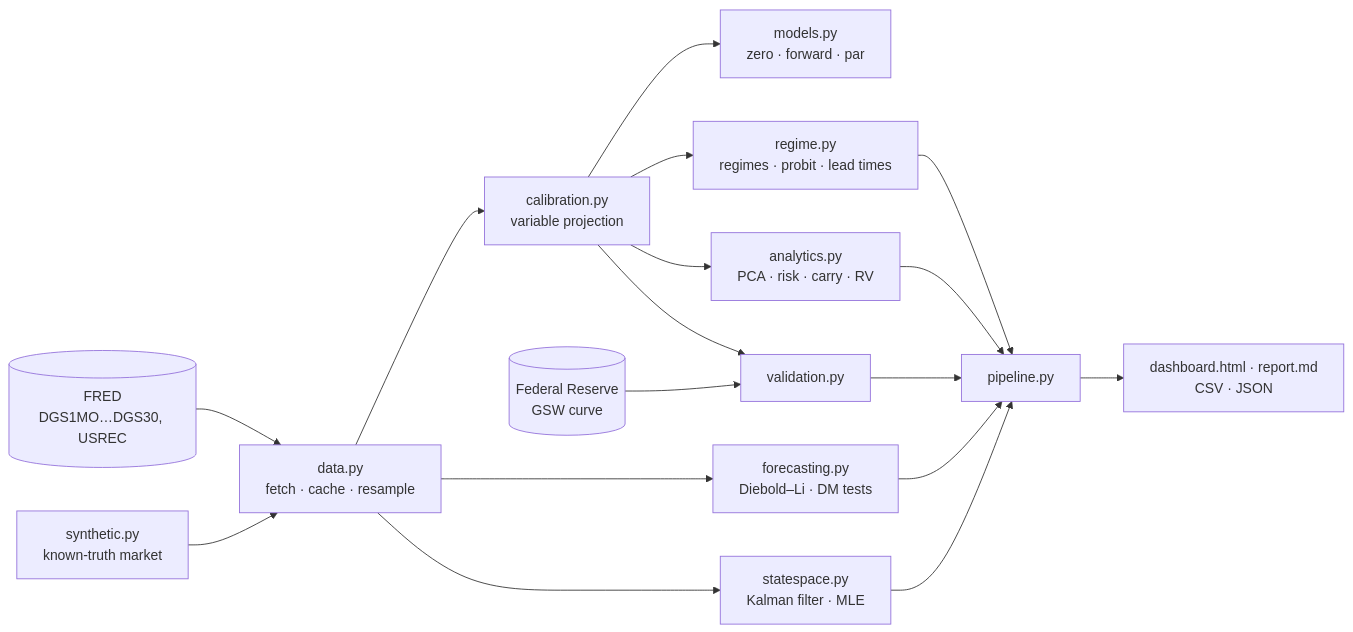
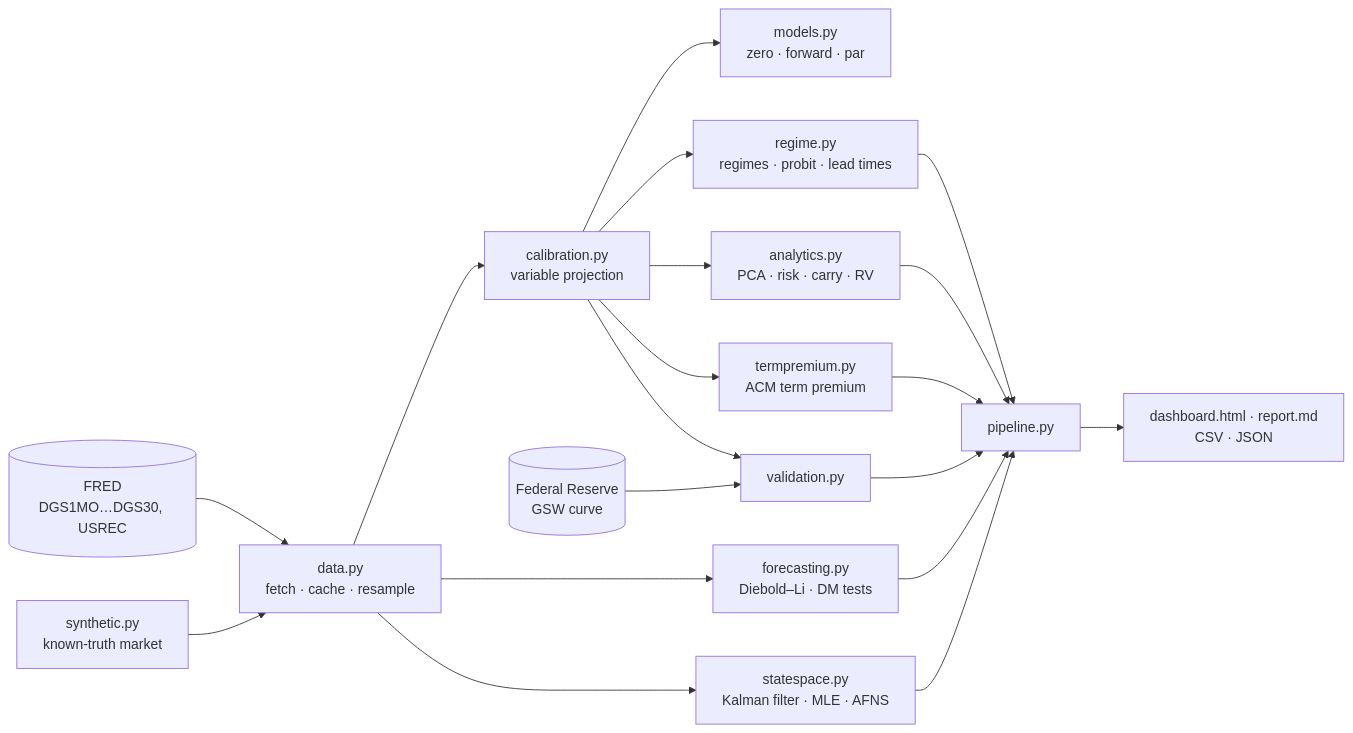
Before and after one commit to RblxDev-ALS/NSS-Yield-Curve-Engine: the diagram in README.md, drawn with Mermaid. The commit also changed other lines of this file and 9 other files, not shown here.

````diff
--- a/README.md
+++ b/README.md
@@ -330,15 +331,16 @@
 ```mermaid
 flowchart LR
     FRED[(FRED<br/>DGS1MO…DGS30, USREC)] --> data[data.py<br/>fetch · cache · resample]
     SYN[synthetic.py<br/>known-truth market] --> data
     data --> cal[calibration.py<br/>variable projection]
     cal --> models[models.py<br/>zero · forward · par]
     cal --> regime[regime.py<br/>regimes · probit · lead times]
     cal --> ana[analytics.py<br/>PCA · risk · carry · RV]
     data --> fc[forecasting.py<br/>Diebold–Li · DM tests]
-    data --> ss[statespace.py<br/>Kalman filter · MLE]
+    data --> ss[statespace.py<br/>Kalman filter · MLE · AFNS]
+    cal --> tp[termpremium.py<br/>ACM term premium]
     FED[(Federal Reserve<br/>GSW curve)] --> val[validation.py]
     cal --> val
-    regime & ana & fc & ss & val --> pipe[pipeline.py]
+    regime & ana & fc & ss & tp & val --> pipe[pipeline.py]
     pipe --> out[dashboard.html · report.md<br/>CSV · JSON]
 ```
````
